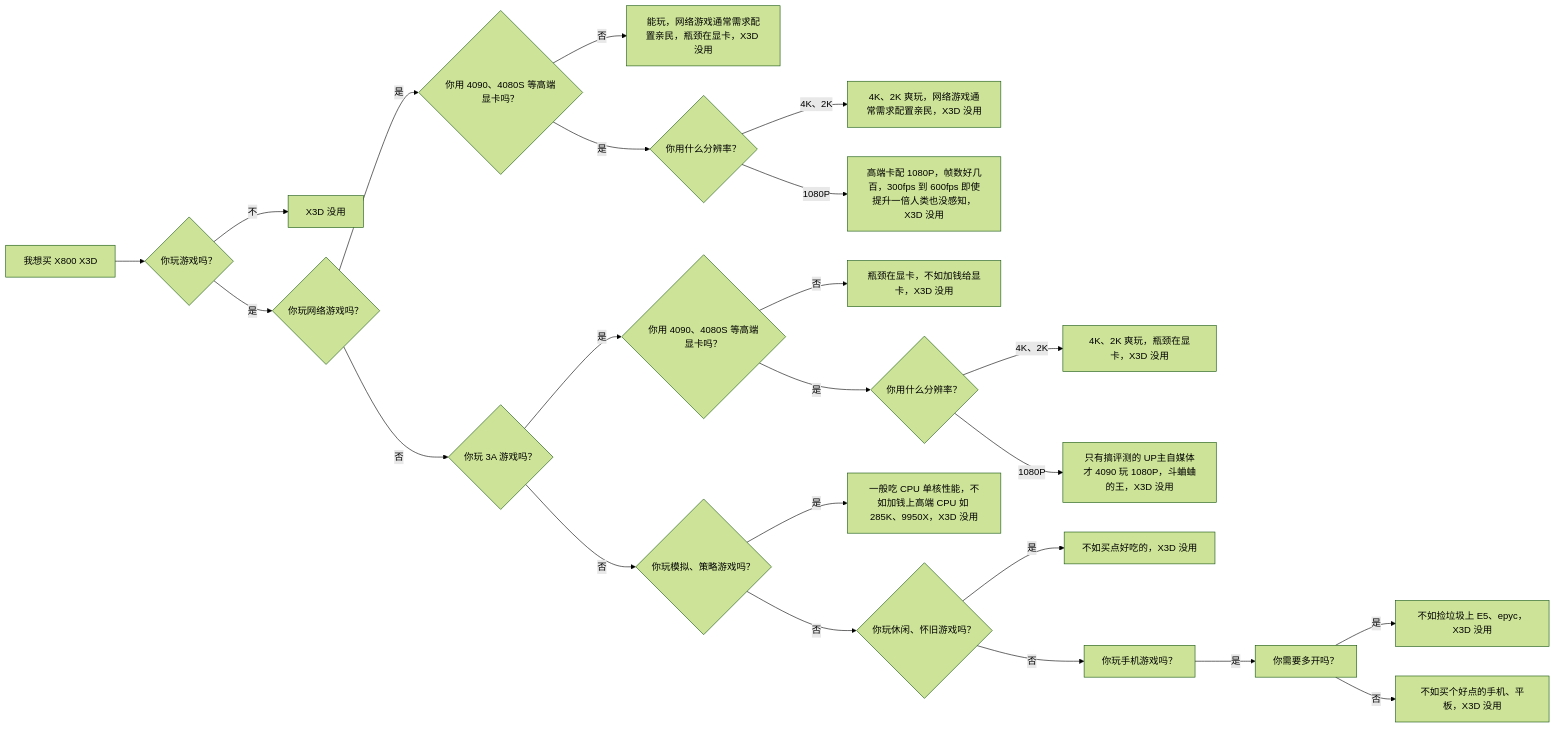
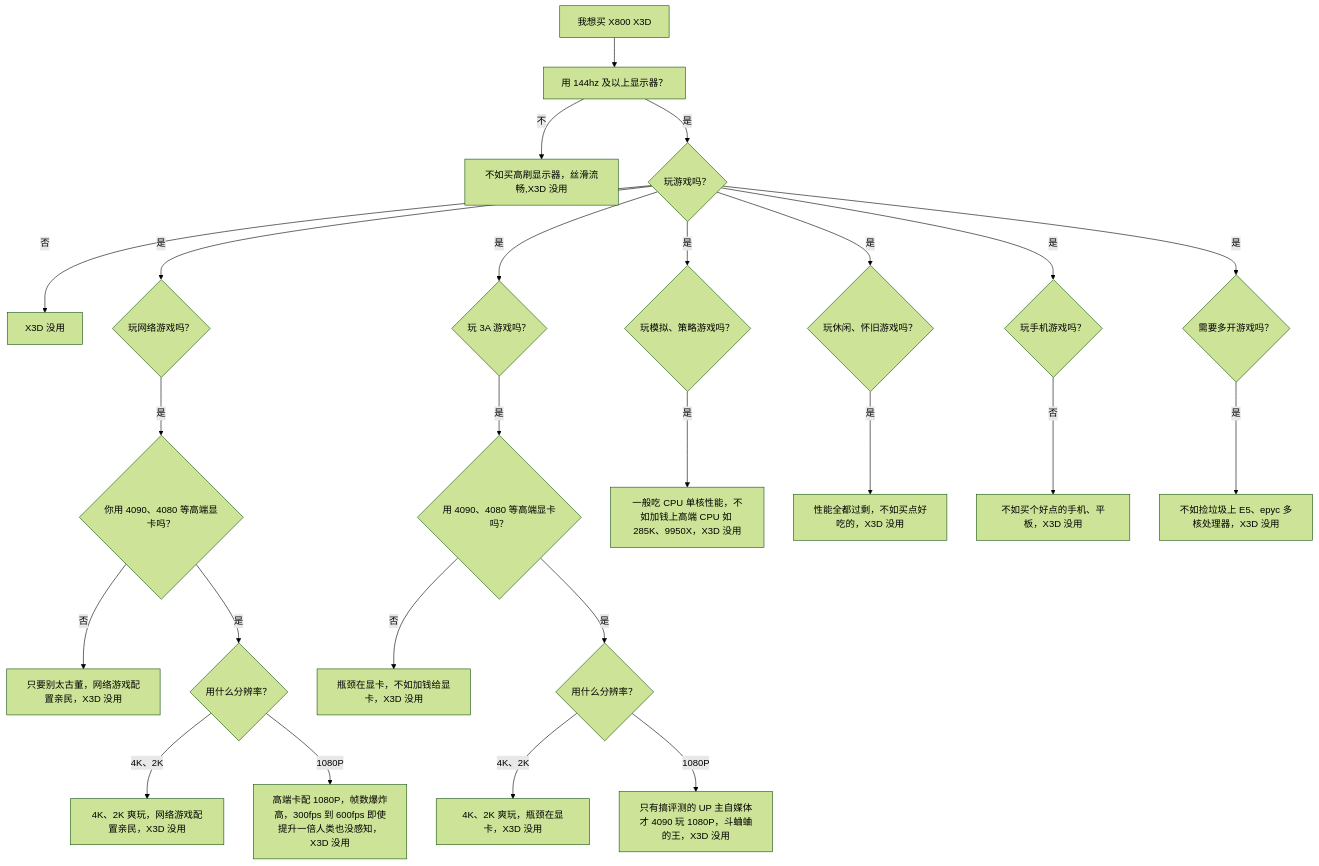
The diagram in collections/_comp/02-tips/do-u-need-x3d.md (METARCHlTECTURE/bcqlr), drawn with Mermaid (forest theme) before and after one commit. The commit also changed 17 other files, not shown here.

````diff
--- a/collections/_comp/02-tips/do-u-need-x3d.md
+++ b/collections/_comp/02-tips/do-u-need-x3d.md
@@ -5,25 +5,27 @@
 ```mermaid
-flowchart LR
-    A[我想买 X800 X3D] --> B{你玩游戏吗？}
-    B --不--> C[X3D 没用]
-    B --是--> D{你玩网络游戏吗？}
-    D --是--> H{你用 4090、4080S 等高端显卡吗？}
-    H --否--> I[能玩，网络游戏通常需求配置亲民，瓶颈在显卡，X3D 没用]
-    H --是--> J{你用什么分辨率？}
-    J --4K、2K--> K[4K、2K 爽玩，网络游戏通常需求配置亲民，X3D 没用]
-    J --1080P--> L[高端卡配 1080P，帧数好几百，300fps 到 600fps 即使提升一倍人类也没感知，X3D 没用]
-    D --否--> E{你玩 3A 游戏吗？}   
-    E --是--> M{你用 4090、4080S 等高端显卡吗？}
+flowchart 
+    A[我想买 X800 X3D] --> B[用 144hz 及以上显示器？]
+    B --不--> C[不如买高刷显示器，丝滑流畅,X3D 没用]
+    B --是--> X{玩游戏吗？}
+    X --否--> Y[X3D 没用]
+    X --是--> D{玩网络游戏吗？}
+    D --是--> H{你用 4090、4080 等高端显卡吗？}
+    H --否--> I[只要别太古董，网络游戏配置亲民，X3D 没用]
+    H --是--> J{用什么分辨率？}
+    J --4K、2K--> K[4K、2K 爽玩，网络游戏配置亲民，X3D 没用]
+    J --1080P--> L[高端卡配 1080P，帧数爆炸高，300fps 到 600fps 即使提升一倍人类也没感知，X3D 没用]
+    X --是--> E{玩 3A 游戏吗？}   
+    E --是--> M{用 4090、4080 等高端显卡吗？}
     M --否--> N[瓶颈在显卡，不如加钱给显卡，X3D 没用]
-    M --是--> O{你用什么分辨率？}
+    M --是--> O{用什么分辨率？}
     O --4K、2K--> P[4K、2K 爽玩，瓶颈在显卡，X3D 没用]
-    O --1080P--> Q[只有搞评测的 UP主自媒体才 4090 玩 1080P，斗蛐蛐的王，X3D 没用]
-    E --否--> F{你玩模拟、策略游戏吗？}
+    O --1080P--> Q[只有搞评测的 UP 主自媒体才 4090 玩 1080P，斗蛐蛐的王，X3D 没用]
+    X --是--> F{玩模拟、策略游戏吗？}
     F --是--> R[一般吃 CPU 单核性能，不如加钱上高端 CPU 如 285K、9950X，X3D 没用]
-    F --否--> G{你玩休闲、怀旧游戏吗？}
-    G --是--> S[不如买点好吃的，X3D 没用]
-    G --否--> T[你玩手机游戏吗？]
-    T --是--> U[你需要多开吗？]
-    U --是--> V[不如捡垃圾上 E5、epyc，X3D 没用]
-    U --否--> W[不如买个好点的手机、平板，X3D 没用]
+    X --是--> G{玩休闲、怀旧游戏吗？}
+    G --是--> S[性能全都过剩，不如买点好吃的，X3D 没用]
+    X --是--> T{玩手机游戏吗？}
+    T --否--> W[不如买个好点的手机、平板，X3D 没用]
+    X --是--> U{需要多开游戏吗？}
+    U --是--> V[不如捡垃圾上 E5、epyc 多核处理器，X3D 没用]
 ```
````
